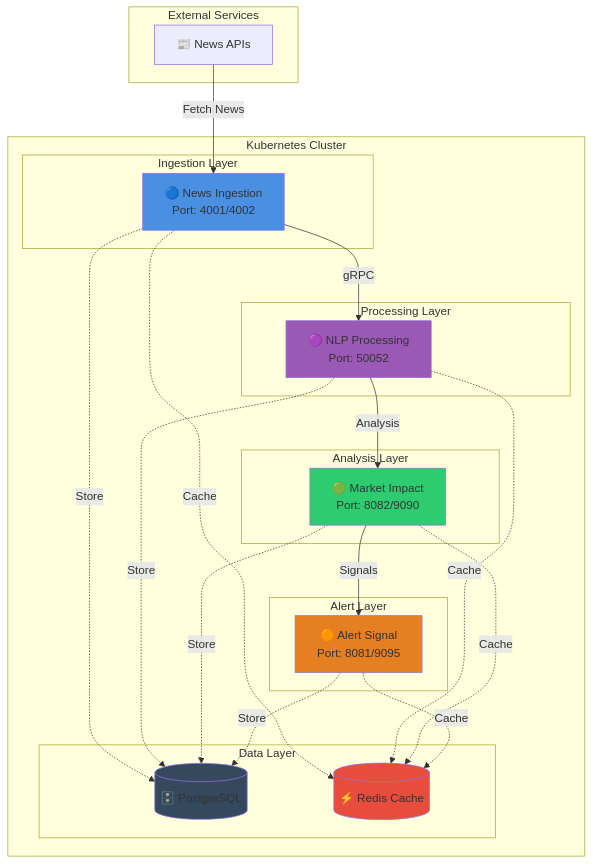
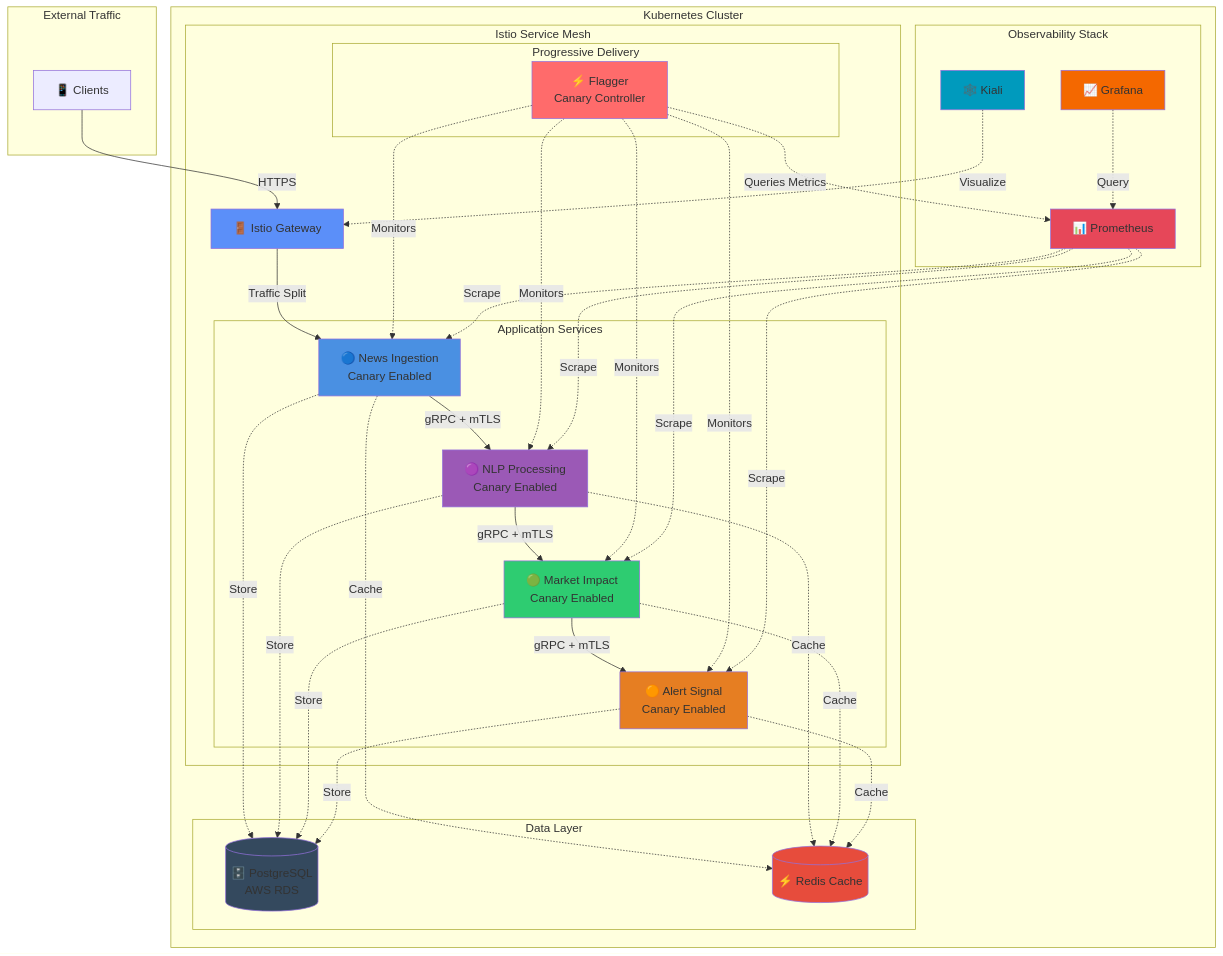
One commit to Saoudyahya/Flux-gitops-Market-Impact-Analysis-system changed the first of 6 diagrams in README.md. Above: the diagram before and after it, drawn with Mermaid. The commit also changed other lines of this file, not shown here.

````diff
--- a/README.md
+++ b/README.md
@@ -95,51 +122,77 @@
 ```mermaid
 graph TB
-    subgraph "External Services"
-        NewsAPI[📰 News APIs]
+    subgraph "External Traffic"
+        Client[📱 Clients]
     end
     
     subgraph "Kubernetes Cluster"
-        subgraph "Ingestion Layer"
-            NI[🔵 News Ingestion<br/>Port: 4001/4002]
-        end
-        
-        subgraph "Processing Layer"
-            NLP[🟣 NLP Processing<br/>Port: 50052]
-        end
-        
-        subgraph "Analysis Layer"
-            MI[🟢 Market Impact<br/>Port: 8082/9090]
-        end
-        
-        subgraph "Alert Layer"
-            AS[🟠 Alert Signal<br/>Port: 8081/9095]
+        subgraph "Istio Service Mesh"
+            Gateway[🚪 Istio Gateway]
+            
+            subgraph "Application Services"
+                NI[🔵 News Ingestion<br/>Canary Enabled]
+                NLP[🟣 NLP Processing<br/>Canary Enabled]
+                MI[🟢 Market Impact<br/>Canary Enabled]
+                AS[🟠 Alert Signal<br/>Canary Enabled]
+            end
+            
+            subgraph "Progressive Delivery"
+                Flagger[⚡ Flagger<br/>Canary Controller]
+            end
         end
         
         subgraph "Data Layer"
-            DB[(🗄️ PostgreSQL)]
+            DB[(🗄️ PostgreSQL<br/>AWS RDS)]
             Redis[(⚡ Redis Cache)]
+        end
+        
+        subgraph "Observability Stack"
+            Prometheus[📊 Prometheus]
+            Grafana[📈 Grafana]
+            Kiali[🕸️ Kiali]
         end
     end
     
-    NewsAPI -->|Fetch News| NI
-    NI -->|gRPC| NLP
-    NLP -->|Analysis| MI
-    MI -->|Signals| AS
+    Client -->|HTTPS| Gateway
+    Gateway -->|Traffic Split| NI
+    NI -->|gRPC + mTLS| NLP
+    NLP -->|gRPC + mTLS| MI
+    MI -->|gRPC + mTLS| AS
+    
+    Flagger -.->|Monitors| NI
+    Flagger -.->|Monitors| NLP
+    Flagger -.->|Monitors| MI
+    Flagger -.->|Monitors| AS
+    
+    Flagger -.->|Queries Metrics| Prometheus
     
     NI -.->|Store| DB
     NLP -.->|Store| DB
     MI -.->|Store| DB
     AS -.->|Store| DB
     
     NI -.->|Cache| Redis
     NLP -.->|Cache| Redis
     MI -.->|Cache| Redis
     AS -.->|Cache| Redis
     
+    Prometheus -.->|Scrape| NI
+    Prometheus -.->|Scrape| NLP
+    Prometheus -.->|Scrape| MI
+    Prometheus -.->|Scrape| AS
+    
+    Kiali -.->|Visualize| Gateway
+    Grafana -.->|Query| Prometheus
+    
+    style Gateway fill:#5B8FF9
     style NI fill:#4A90E2
     style NLP fill:#9B59B6
     style MI fill:#2ECC71
     style AS fill:#E67E22
+    style Flagger fill:#FF6B6B
     style DB fill:#34495E
     style Redis fill:#E74C3C
+    style Prometheus fill:#E64759
+    style Grafana fill:#F46800
+    style Kiali fill:#009ABD
 ```
````
